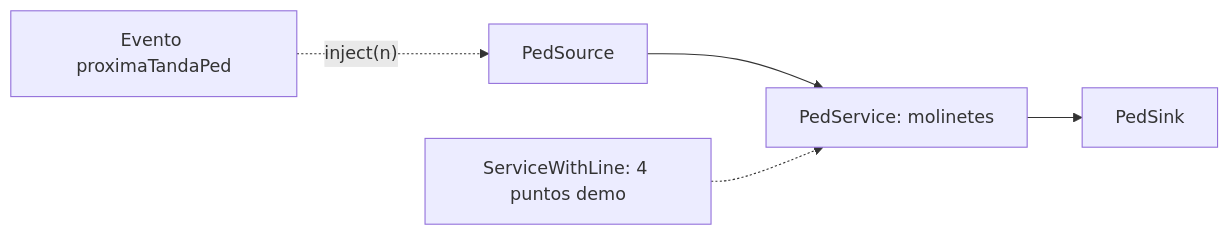
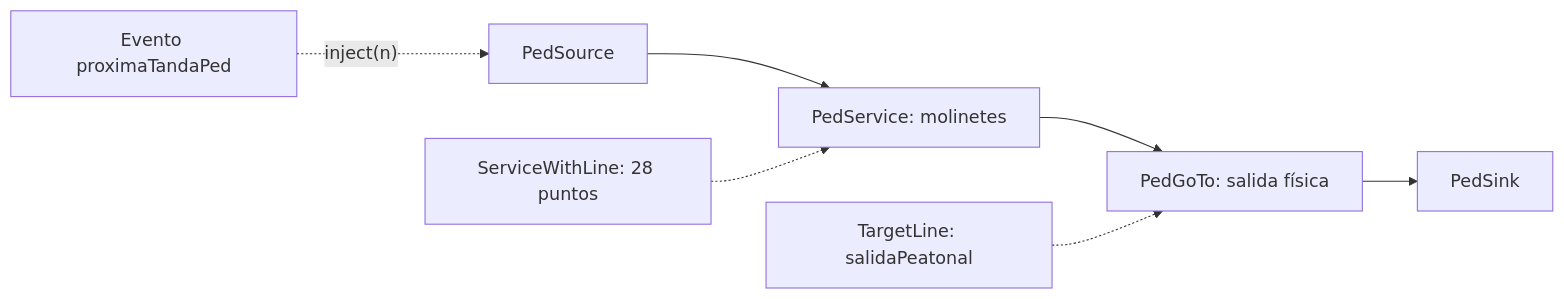
Before and after one commit to JuanBonadeo/utn_brain: the second of 2 diagrams in materias/SIM/entregables/TPI/subte/02-modelo-anylogic.md, drawn with Mermaid. The commit also changed other lines of this file and 4 other files, not shown here.

Commit message:
SIM: salida peatonal y escenarios de 20 y 28 molinetes

````diff
--- a/materias/SIM/entregables/TPI/subte/02-modelo-anylogic.md
+++ b/materias/SIM/entregables/TPI/subte/02-modelo-anylogic.md
@@ -213,7 +214,9 @@
 ```mermaid
 flowchart LR
     E[Evento proximaTandaPed] -. "inject(n)" .-> PS[PedSource]
     PS --> SV[PedService: molinetes]
-    SV --> SK[PedSink]
-    M[ServiceWithLine: 4 puntos demo] -.-> SV
+    SV --> GT[PedGoTo: salida física]
+    GT --> SK[PedSink]
+    M[ServiceWithLine: 28 puntos] -.-> SV
+    TL[TargetLine: salidaPeatonal] -.-> GT
 ```
````
